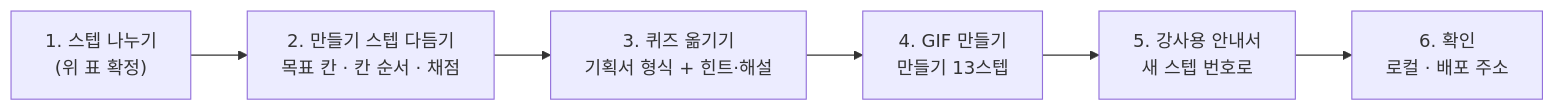
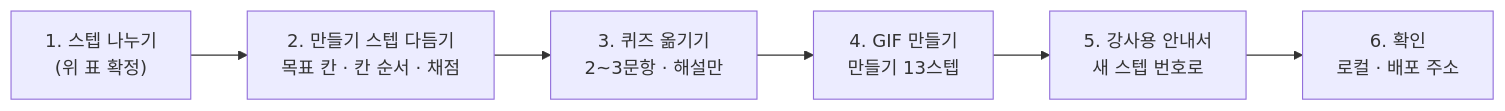
The third of 3 diagrams in README.md (jxxngin/scratch-studio), drawn with Mermaid before and after one commit. The commit also changed other lines of this file, not shown here.

````diff
--- a/README.md
+++ b/README.md
@@ -137,8 +138,8 @@
 ```mermaid
 flowchart LR
   P1["1. 스텝 나누기<br/>(위 표 확정)"] --> P2["2. 만들기 스텝 다듬기<br/>목표 칸 · 칸 순서 · 채점"]
-  P2 --> P3["3. 퀴즈 옮기기<br/>기획서 형식 + 힌트·해설"]
+  P2 --> P3["3. 퀴즈 옮기기<br/>2~3문항 · 해설만"]
   P3 --> P4["4. GIF 만들기<br/>만들기 13스텝"]
   P4 --> P5["5. 강사용 안내서<br/>새 스텝 번호로"]
   P5 --> P6["6. 확인<br/>로컬 · 배포 주소"]
 ```
````
